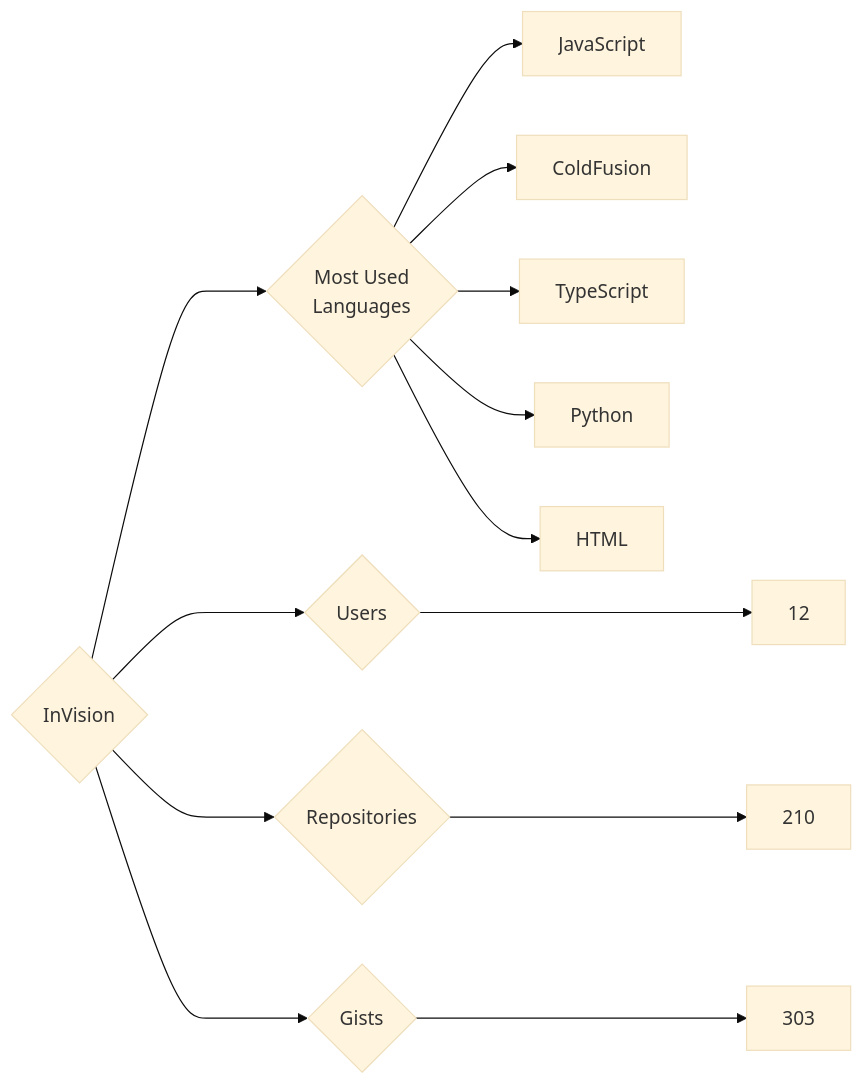
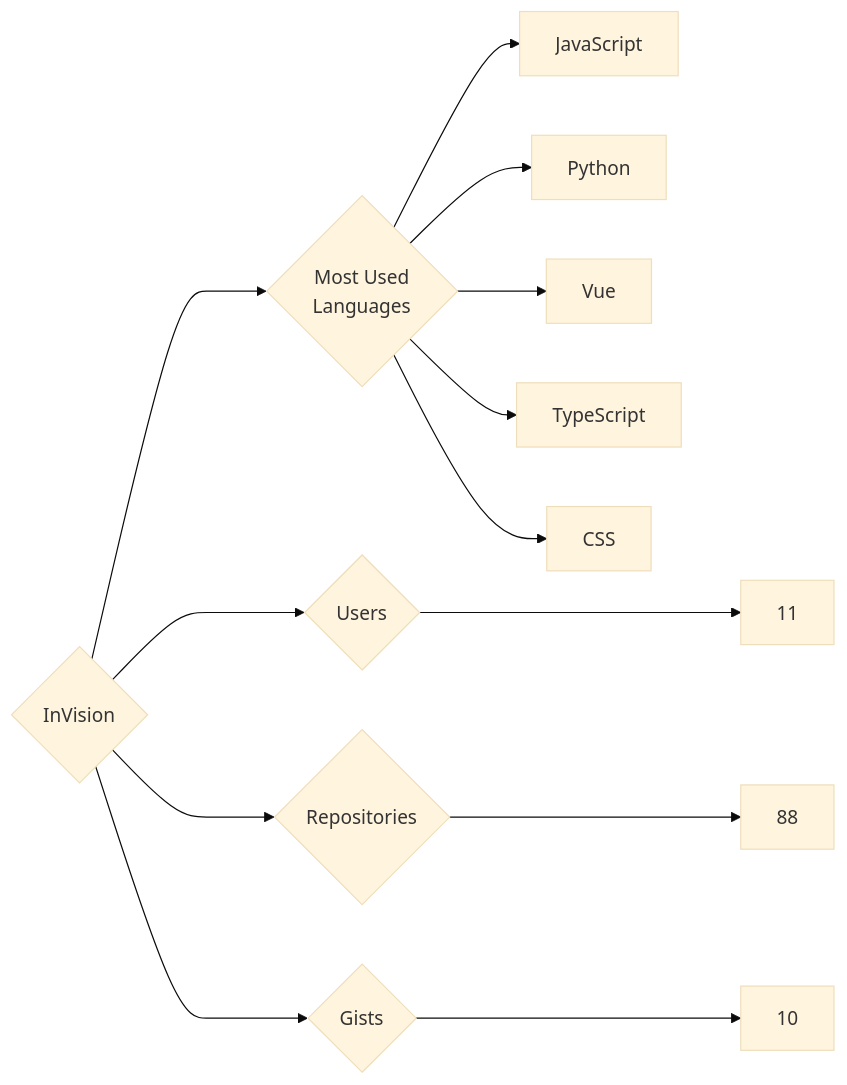
The diagram in targets/InVision/README.md (trickest/insiders), drawn with Mermaid (base theme) before and after one commit. The commit also changed 1084 other files, not shown here.

````diff
--- a/targets/InVision/README.md
+++ b/targets/InVision/README.md
@@ -3,13 +3,13 @@
 ```mermaid
 graph LR
 COMPANY_NAME{InVision}
-COMPANY_NAME ---> U{Users} ---> UN[12]
-COMPANY_NAME ---> R{Repositories} ---> RN[210]
-COMPANY_NAME ---> G{Gists} ---> GN[303]
+COMPANY_NAME ---> U{Users} ---> UN[11]
+COMPANY_NAME ---> R{Repositories} ---> RN[88]
+COMPANY_NAME ---> G{Gists} ---> GN[10]
 COMPANY_NAME ---> ML{Most Used<br>Languages}
 ML --> JavaScript[JavaScript]
-ML --> ColdFusion[ColdFusion]
+ML --> Python[Python]
+ML --> Vue[Vue]
 ML --> TypeScript[TypeScript]
-ML --> Python[Python]
-ML --> HTML[HTML]
+ML --> CSS[CSS]
 ```
````
